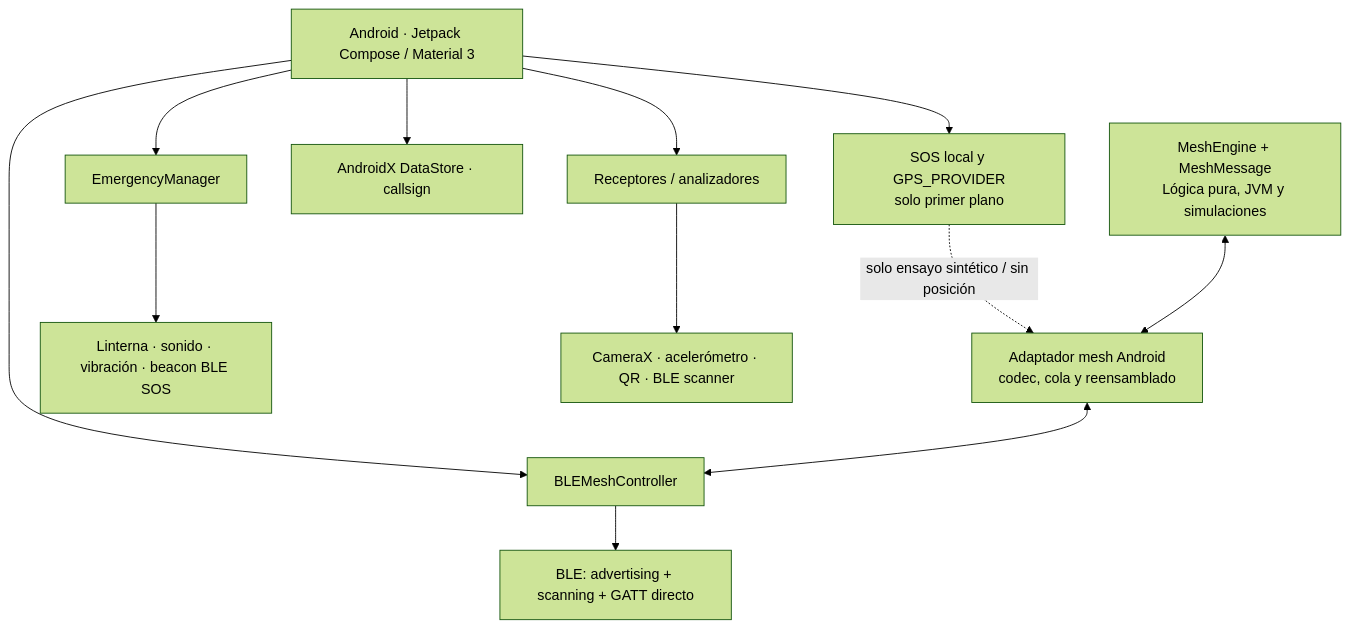
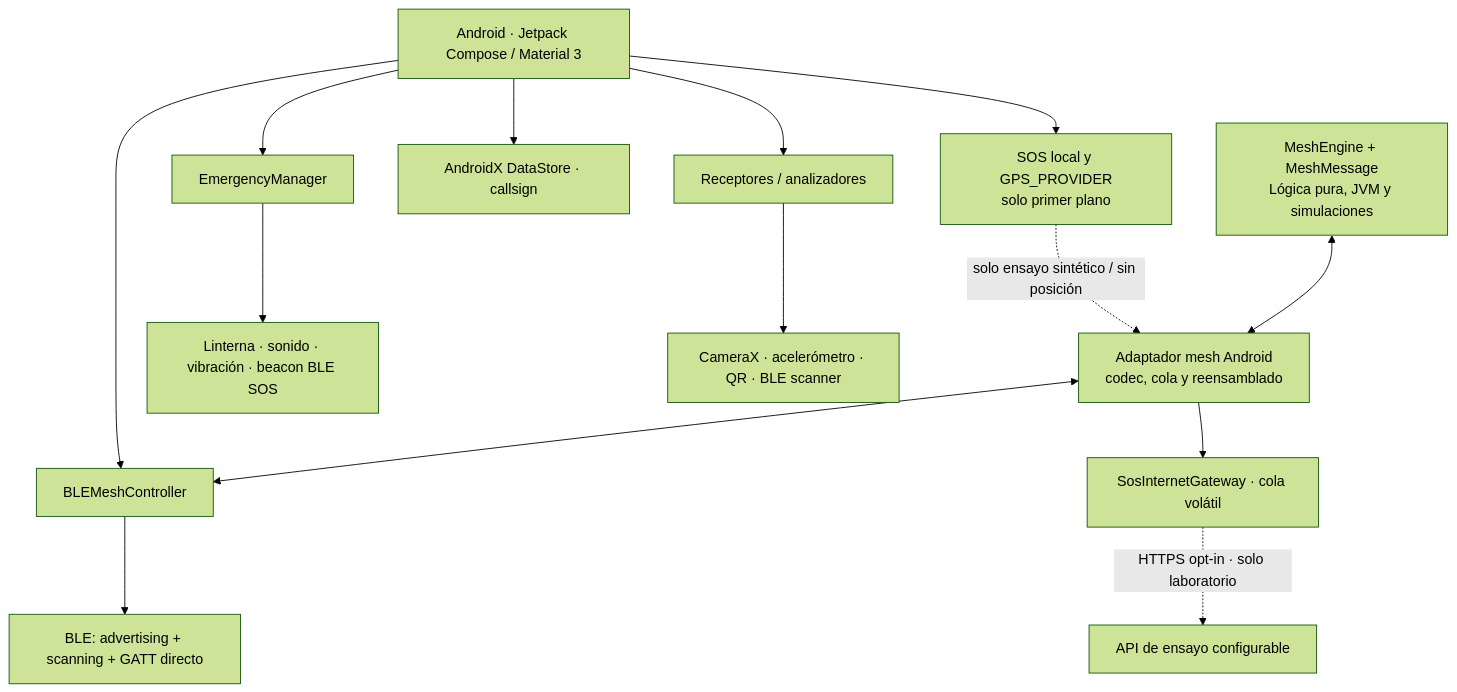
One commit to NicoButter/beaconchat changed the first of 6 diagrams in README.md. Above: the diagram before and after it, drawn with Mermaid (forest theme). The commit also changed other lines of this file and 19 other files, not shown here.

First line of the commit message:
feat: add SosInternetGatewayDialog for experimental HTTPS gateway configuration

````diff
--- a/README.md
+++ b/README.md
@@ -48,16 +49,18 @@
 ```mermaid
 flowchart TB
     UI["Android · Jetpack Compose / Material 3"]
     UI --> EM["EmergencyManager"]
     UI --> BLE["BLEMeshController"]
     UI --> RX["Receptores / analizadores"]
     UI --> DS["AndroidX DataStore · callsign"]
     UI --> SOS["SOS local y GPS_PROVIDER<br/>solo primer plano"]
     SOS -. "solo ensayo sintético / sin posición" .-> MESH["Adaptador mesh Android<br/>codec, cola y reensamblado"]
     EM --> SIGNAL["Linterna · sonido · vibración · beacon BLE SOS"]
     BLE --> DIRECT["BLE: advertising + scanning + GATT directo"]
     RX --> SENSORS["CameraX · acelerómetro · QR · BLE scanner"]
     CORE["MeshEngine + MeshMessage<br/>Lógica pura, JVM y simulaciones"]
     CORE <--> MESH
     MESH <--> BLE
+    MESH --> GW["SosInternetGateway · cola volátil"]
+    GW -. "HTTPS opt-in · solo laboratorio" .-> API["API de ensayo configurable"]
 ```
````
